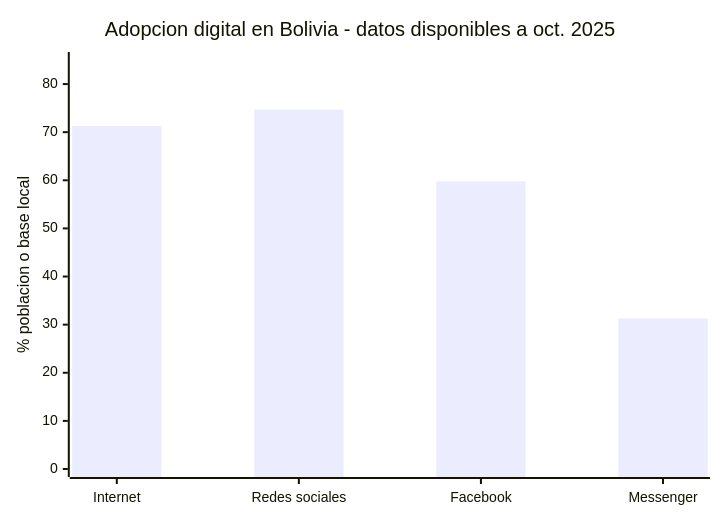
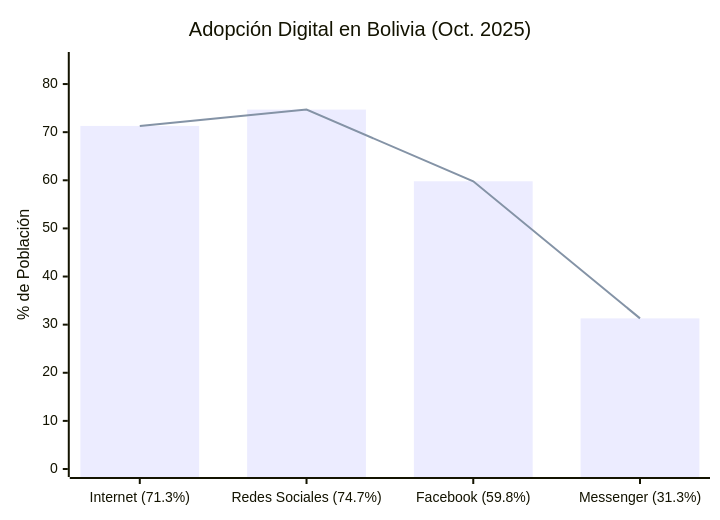
Before and after one commit to mita-build-with-ai-2026/.github: the third of 5 diagrams in Mita_fuentes_estadisticas.md, drawn with Mermaid. The commit also changed other lines of this file and 35 other files, not shown here.

````diff
--- a/Mita_fuentes_estadisticas.md
+++ b/Mita_fuentes_estadisticas.md
@@ -68,7 +70,8 @@
 ```mermaid
 xychart-beta
-  title "Adopcion digital en Bolivia - datos disponibles a oct. 2025"
-  x-axis ["Internet", "Redes sociales", "Facebook", "Messenger"]
-  y-axis "% poblacion o base local" 0 --> 85
+  title "Adopción Digital en Bolivia (Oct. 2025)"
+  x-axis ["Internet (71.3%)", "Redes Sociales (74.7%)", "Facebook (59.8%)", "Messenger (31.3%)"]
+  y-axis "% de Población" 0 --> 85
   bar [71.3, 74.7, 59.8, 31.3]
+  line [71.3, 74.7, 59.8, 31.3]
 ```
````
